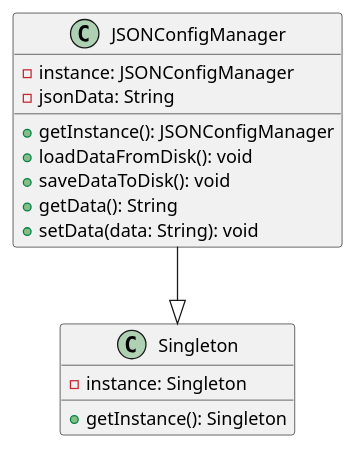
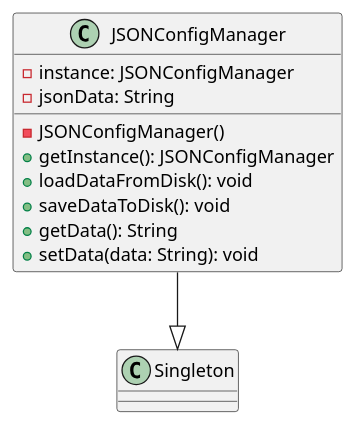
Before and after one commit to project-survivor/documentation: the diagram in UML/Singleton/configuration.singleton.plantuml, drawn with PlantUML. The commit also changed 7 other files, not shown here.

```diff
--- a/UML/Singleton/configuration.singleton.plantuml
+++ b/UML/Singleton/configuration.singleton.plantuml
@@ -1,21 +1,17 @@
 @startuml
 hide footbox
-
-class Singleton {
-    -instance: Singleton
-    +getInstance(): Singleton
-}
 
 class JSONConfigManager {
     -instance: JSONConfigManager
     -jsonData: String
+    -JSONConfigManager()
     +getInstance(): JSONConfigManager
     +loadDataFromDisk(): void
     +saveDataToDisk(): void
     +getData(): String
     +setData(data: String): void
 }
 
 JSONConfigManager --|> Singleton
 
 @enduml
```
